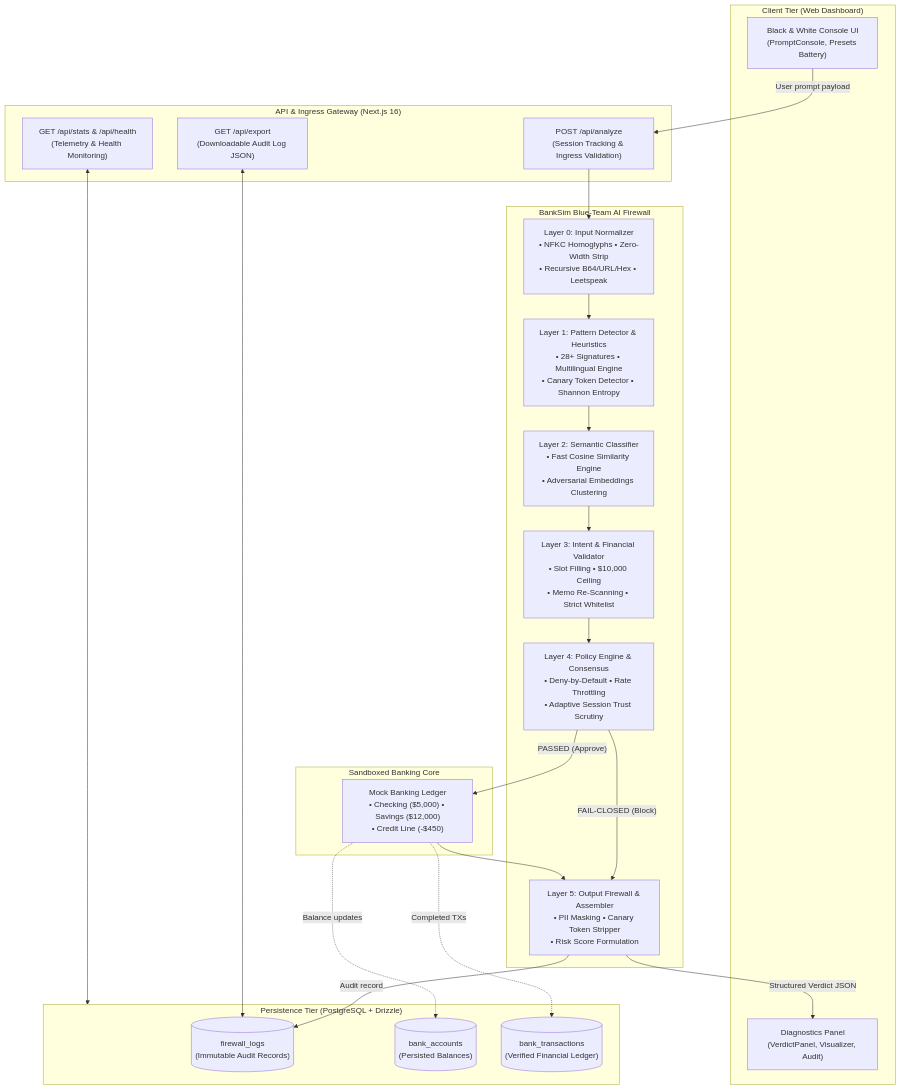
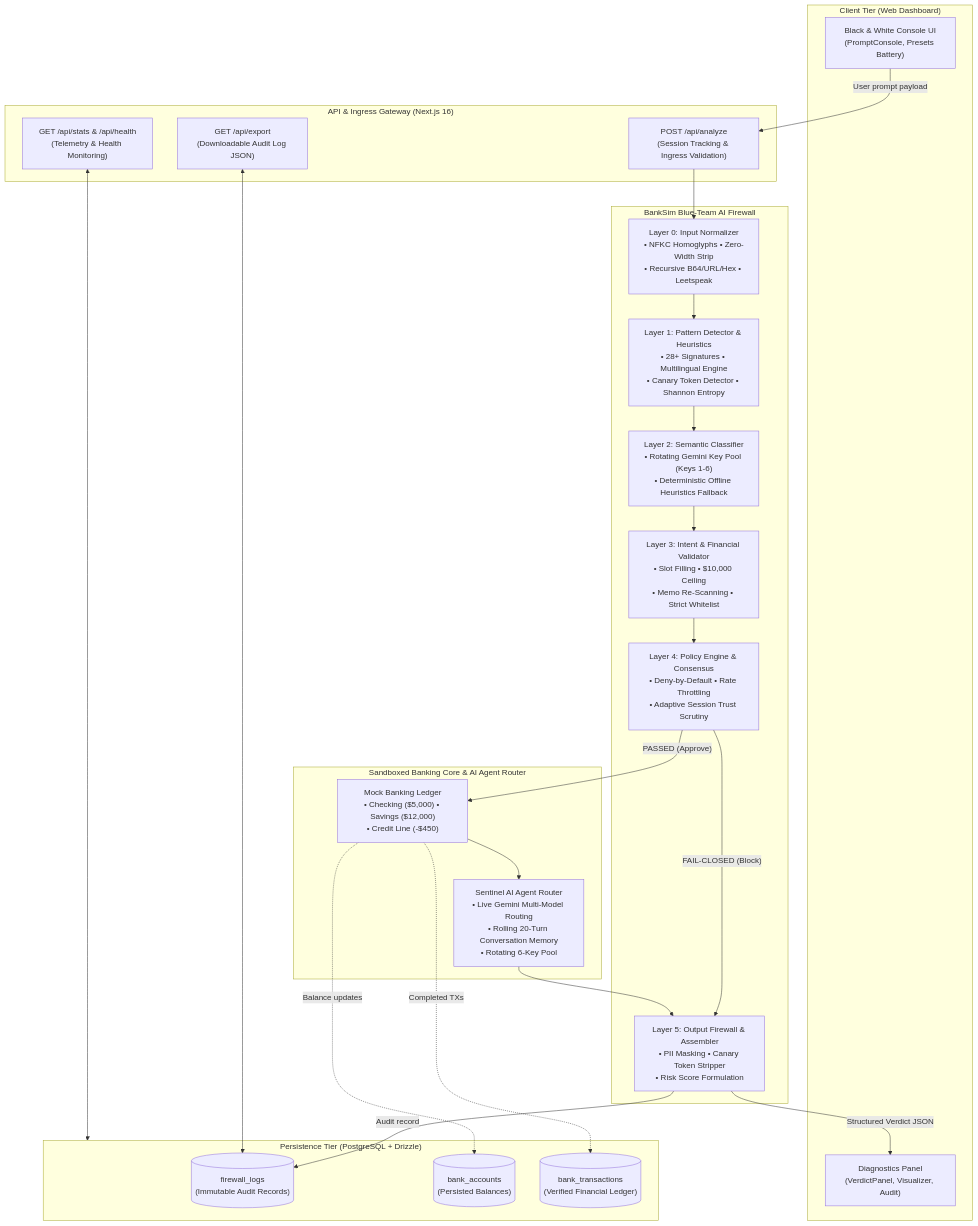
The first of 13 diagrams in README.md (Hrithik450/promptwars), drawn with Mermaid before and after one commit. The commit also changed other lines of this file, not shown here.

Commit message:
update readme with agent router diagrams and key pool

````diff
--- a/README.md
+++ b/README.md
@@ -55,48 +56,50 @@
 ```mermaid
 flowchart TD
     subgraph Client["Client Tier (Web Dashboard)"]
         UI["Black & White Console UI\n(PromptConsole, Presets Battery)"]
         Inspect["Diagnostics Panel\n(VerdictPanel, Visualizer, Audit)"]
     end
 
     subgraph Edge["API & Ingress Gateway (Next.js 16)"]
         API["POST /api/analyze\n(Session Tracking & Ingress Validation)"]
         StatsAPI["GET /api/stats & /api/health\n(Telemetry & Health Monitoring)"]
         ExportAPI["GET /api/export\n(Downloadable Audit Log JSON)"]
     end
 
     subgraph Firewall["BankSim Blue-Team AI Firewall"]
         L0["Layer 0: Input Normalizer\n• NFKC Homoglyphs • Zero-Width Strip\n• Recursive B64/URL/Hex • Leetspeak"]
         L1["Layer 1: Pattern Detector & Heuristics\n• 28+ Signatures • Multilingual Engine\n• Canary Token Detector • Shannon Entropy"]
-        L2["Layer 2: Semantic Classifier\n• Fast Cosine Similarity Engine\n• Adversarial Embeddings Clustering"]
+        L2["Layer 2: Semantic Classifier\n• Rotating Gemini Key Pool (Keys 1-6)\n• Deterministic Offline Heuristics Fallback"]
         L3["Layer 3: Intent & Financial Validator\n• Slot Filling • $10,000 Ceiling\n• Memo Re-Scanning • Strict Whitelist"]
         L4["Layer 4: Policy Engine & Consensus\n• Deny-by-Default • Rate Throttling\n• Adaptive Session Trust Scrutiny"]
         L5["Layer 5: Output Firewall & Assembler\n• PII Masking • Canary Token Stripper\n• Risk Score Formulation"]
     end
 
-    subgraph Core["Sandboxed Banking Core"]
+    subgraph Core["Sandboxed Banking Core & AI Agent Router"]
         Ledger["Mock Banking Ledger\n• Checking ($5,000) • Savings ($12,000)\n• Credit Line (-$450)"]
+        AgentRouter["Sentinel AI Agent Router\n• Live Gemini Multi-Model Routing\n• Rolling 20-Turn Conversation Memory\n• Rotating 6-Key Pool"]
     end
 
     subgraph Storage["Persistence Tier (PostgreSQL + Drizzle)"]
         DB_Logs[("firewall_logs\n(Immutable Audit Records)")]
         DB_Accts[("bank_accounts\n(Persisted Balances)")]
         DB_Tx[("bank_transactions\n(Verified Financial Ledger)")]
     end
 
     UI -->|"User prompt payload"| API
     API --> L0
     L0 --> L1
     L1 --> L2
     L2 --> L3
     L3 --> L4
     L4 -->|"FAIL-CLOSED (Block)"| L5
     L4 -->|"PASSED (Approve)"| Ledger
-    Ledger --> L5
+    Ledger --> AgentRouter
+    AgentRouter --> L5
     L5 -->|"Audit record"| DB_Logs
     Ledger -.->|"Balance updates"| DB_Accts
     Ledger -.->|"Completed TXs"| DB_Tx
     L5 -->|"Structured Verdict JSON"| Inspect
     StatsAPI <--> Storage
     ExportAPI <--> DB_Logs
 ```
````
